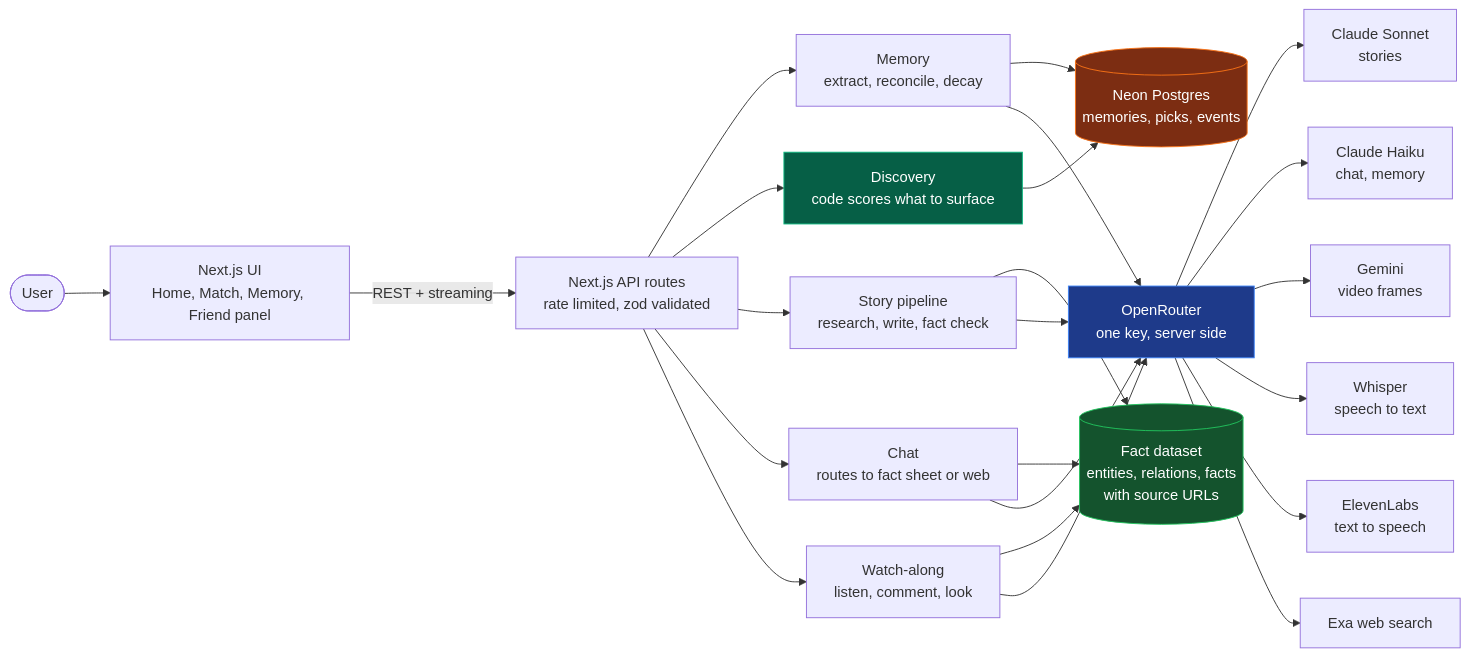
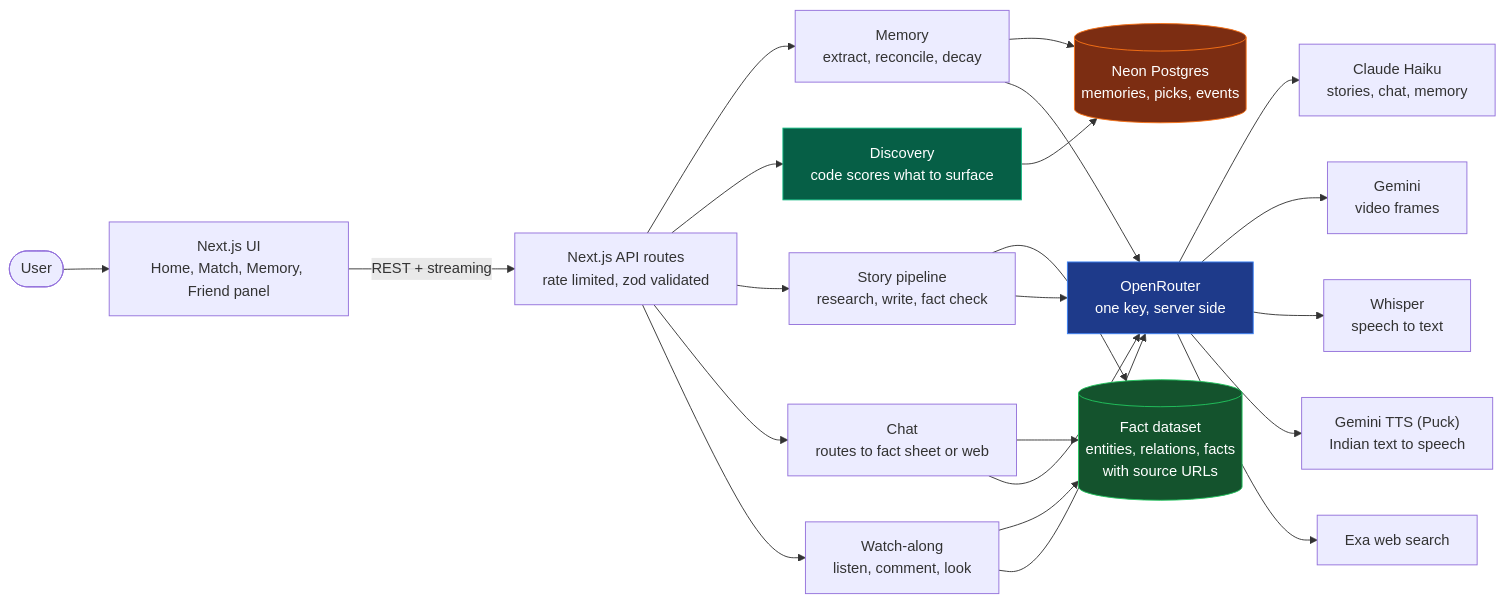
One commit to Dakshkweera/Dream11 changed the first of 3 diagrams in README.md. Above: the diagram before and after it, drawn with Mermaid. The commit also changed other lines of this file and 98 other files, not shown here.

````diff
--- a/README.md
+++ b/README.md
@@ -41,27 +42,26 @@
 ```mermaid
 graph LR
     U([User]) --> FE["Next.js UI<br/>Home, Match, Memory, Friend panel"]
     FE -->|"REST + streaming"| API["Next.js API routes<br/>rate limited, zod validated"]
 
     API --> MEM["Memory<br/>extract, reconcile, decay"]
     API --> DISC["Discovery<br/>code scores what to surface"]
     API --> STORY["Story pipeline<br/>research, write, fact check"]
     API --> CHAT["Chat<br/>routes to fact sheet or web"]
     API --> WATCH["Watch-along<br/>listen, comment, look"]
 
     STORY & CHAT & WATCH --> FACTS[("Fact dataset<br/>entities, relations, facts<br/>with source URLs")]
     MEM & DISC --> DB[("Neon Postgres<br/>memories, picks, events")]
 
     STORY & CHAT & MEM & WATCH --> OR["OpenRouter<br/>one key, server side"]
-    OR --> M1["Claude Sonnet<br/>stories"]
-    OR --> M2["Claude Haiku<br/>chat, memory"]
+    OR --> M2["Claude Haiku<br/>stories, chat, memory"]
     OR --> M3["Gemini<br/>video frames"]
     OR --> M4["Whisper<br/>speech to text"]
-    OR --> M5["ElevenLabs<br/>text to speech"]
+    OR --> M5["Gemini TTS (Puck)<br/>Indian text to speech"]
     OR --> M6["Exa web search"]
 
     style OR fill:#1e3a8a,color:#fff,stroke:#3b82f6
     style DB fill:#7c2d12,color:#fff,stroke:#f97316
     style FACTS fill:#14532d,color:#fff,stroke:#22c55e
     style DISC fill:#065f46,color:#fff,stroke:#10b981
 ```
````
